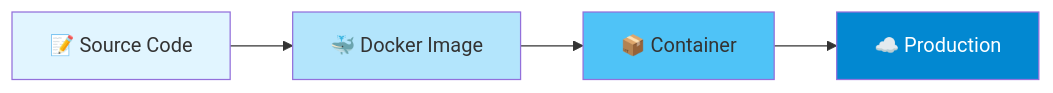
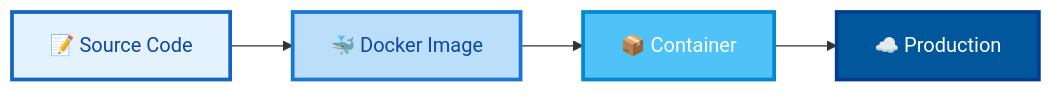
Before and after one commit to social9009/Docker-Notes: the first of 9 diagrams in README.md, drawn with Mermaid. The commit also changed other lines of this file, not shown here.

````diff
--- a/README.md
+++ b/README.md
@@ -46,11 +46,12 @@
 ```mermaid
 graph LR
-    A[📝 Source Code] --> B[🐳 Docker Image]
-    B --> C[📦 Container]
-    C --> D[☁️ Production]
-    
-    style A fill:#e1f5ff
-    style B fill:#b3e5fc
-    style C fill:#4fc3f7
-    style D fill:#0288d1,color:#fff
+
+A["📝 Source Code"] --> B["🐳 Docker Image"]
+B --> C["📦 Container"]
+C --> D["☁️ Production"]
+
+style A fill:#e3f2fd,color:#0d47a1,stroke:#1565c0,stroke-width:3px
+style B fill:#bbdefb,color:#0d47a1,stroke:#1976d2,stroke-width:3px
+style C fill:#4fc3f7,color:#ffffff,stroke:#0288d1,stroke-width:3px
+style D fill:#01579b,color:#ffffff,stroke:#003c8f,stroke-width:3px
 ```
````
